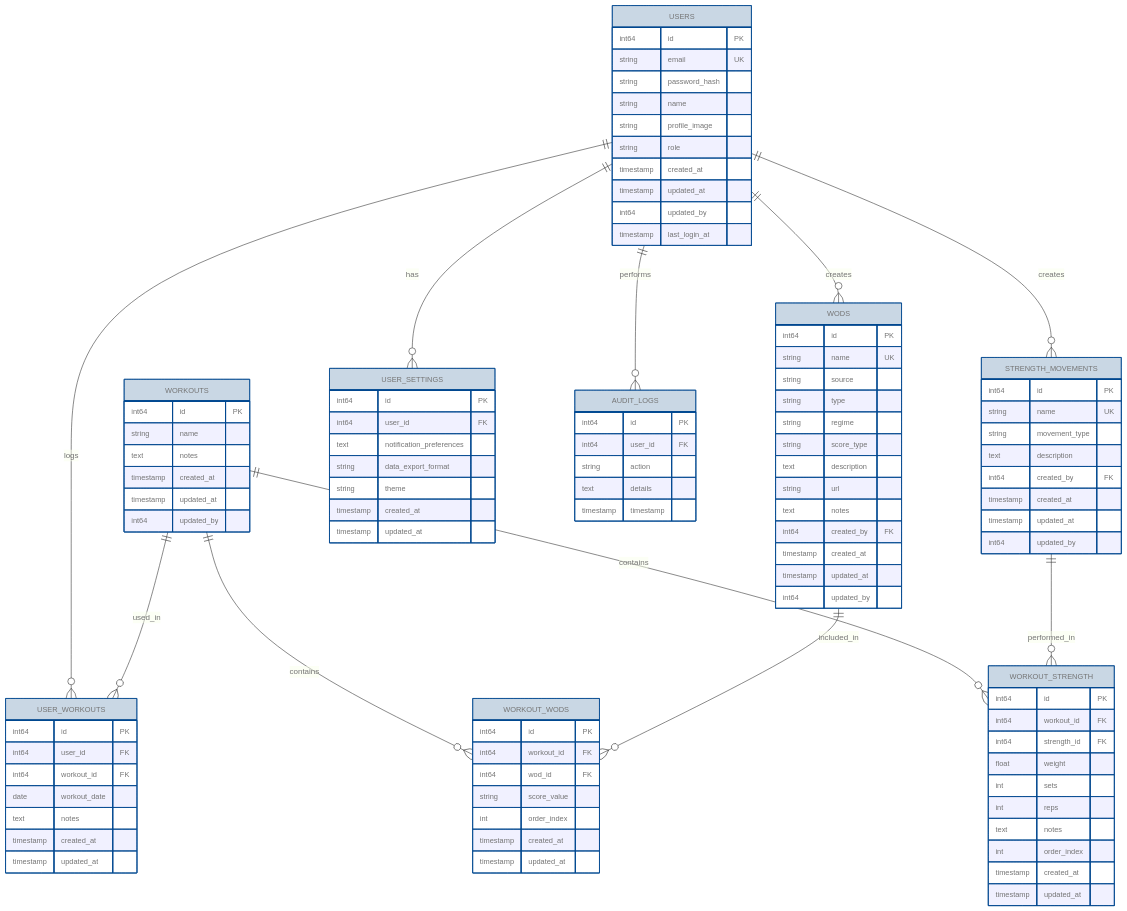
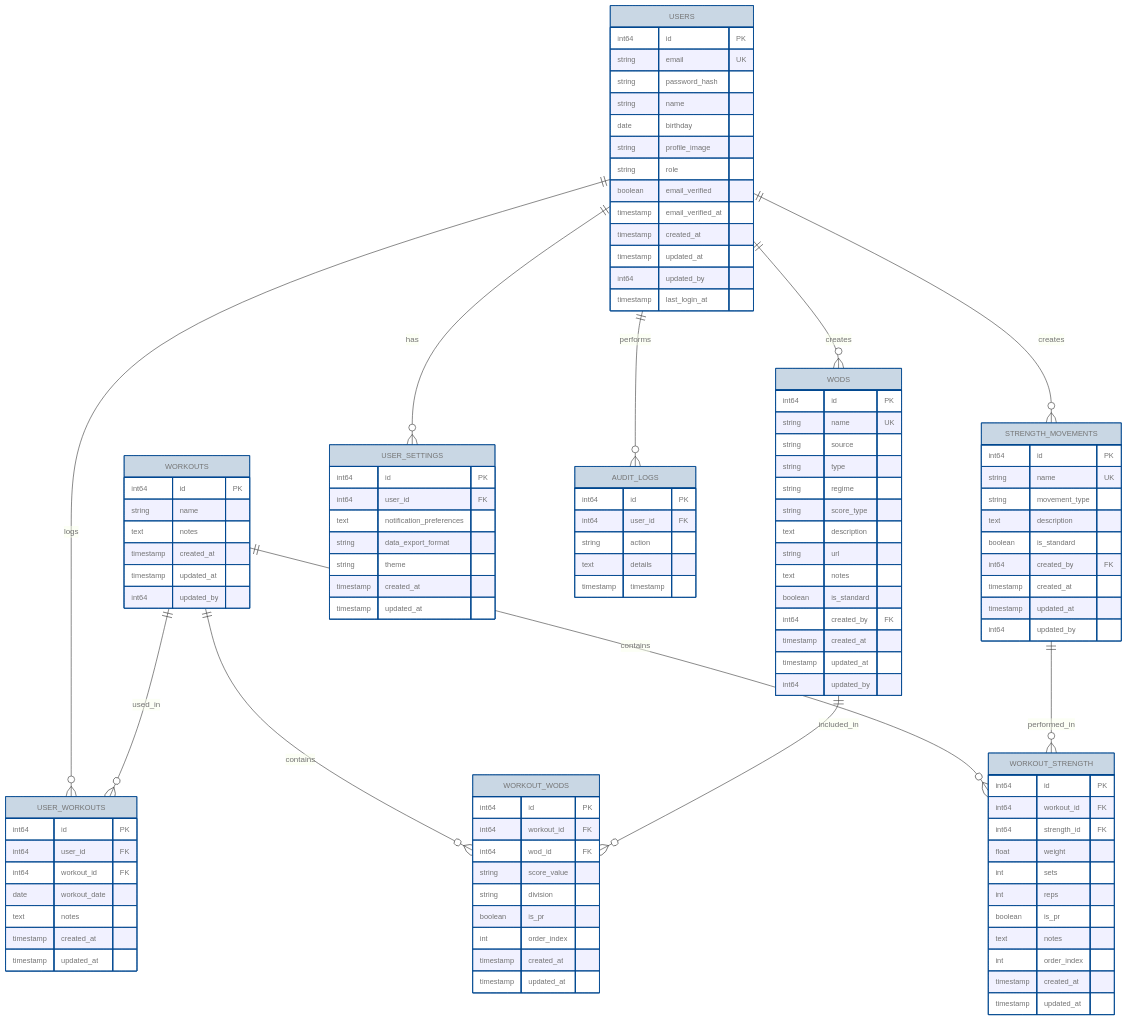
The diagram in docs/DATABASE_SCHEMA.md (johnzastrow/actalog), drawn with Mermaid before and after one commit. The commit also changed other lines of this file and 8 other files, not shown here.

```diff
--- a/docs/DATABASE_SCHEMA.md
+++ b/docs/DATABASE_SCHEMA.md
@@ -55,8 +55,11 @@
         string email UK
         string password_hash
         string name
+        date birthday
         string profile_image
         string role
+        boolean email_verified
+        timestamp email_verified_at
         timestamp created_at
         timestamp updated_at
         int64 updated_by
@@ -82,6 +85,7 @@
         text description
         string url
         text notes
+        boolean is_standard
         int64 created_by FK
         timestamp created_at
         timestamp updated_at
@@ -93,6 +97,7 @@
         string name UK
         string movement_type
         text description
+        boolean is_standard
         int64 created_by FK
         timestamp created_at
         timestamp updated_at
@@ -114,6 +119,8 @@
         int64 workout_id FK
         int64 wod_id FK
         string score_value
+        string division
+        boolean is_pr
         int order_index
         timestamp created_at
         timestamp updated_at
@@ -126,6 +133,7 @@
         float weight
         int sets
         int reps
+        boolean is_pr
         text notes
         int order_index
         timestamp created_at
```
